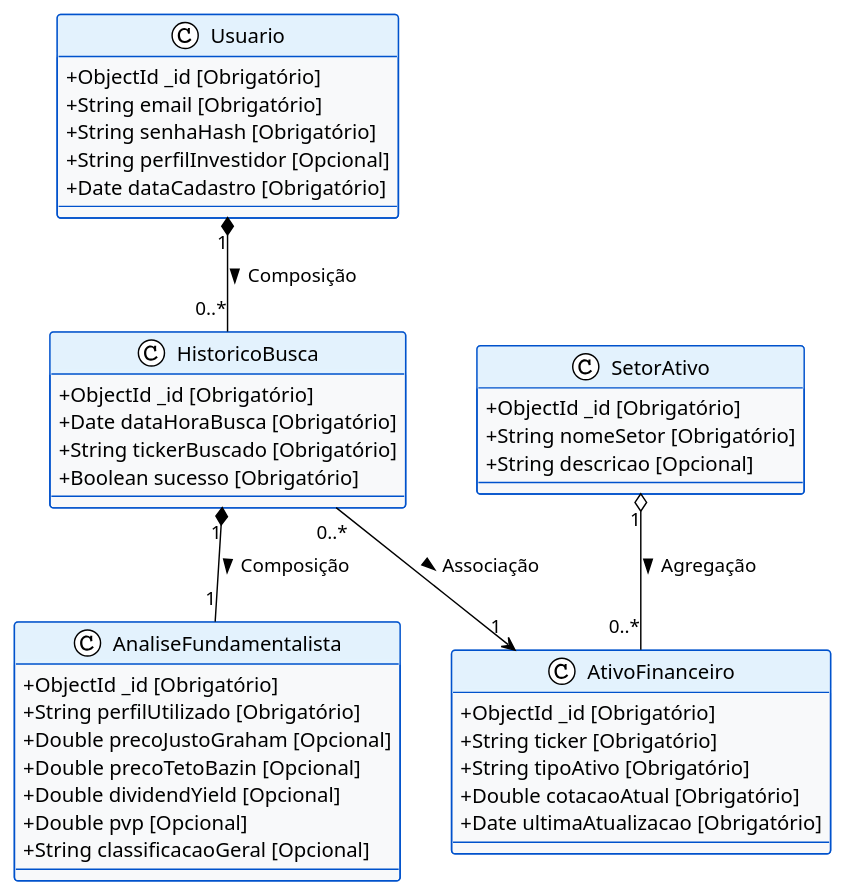
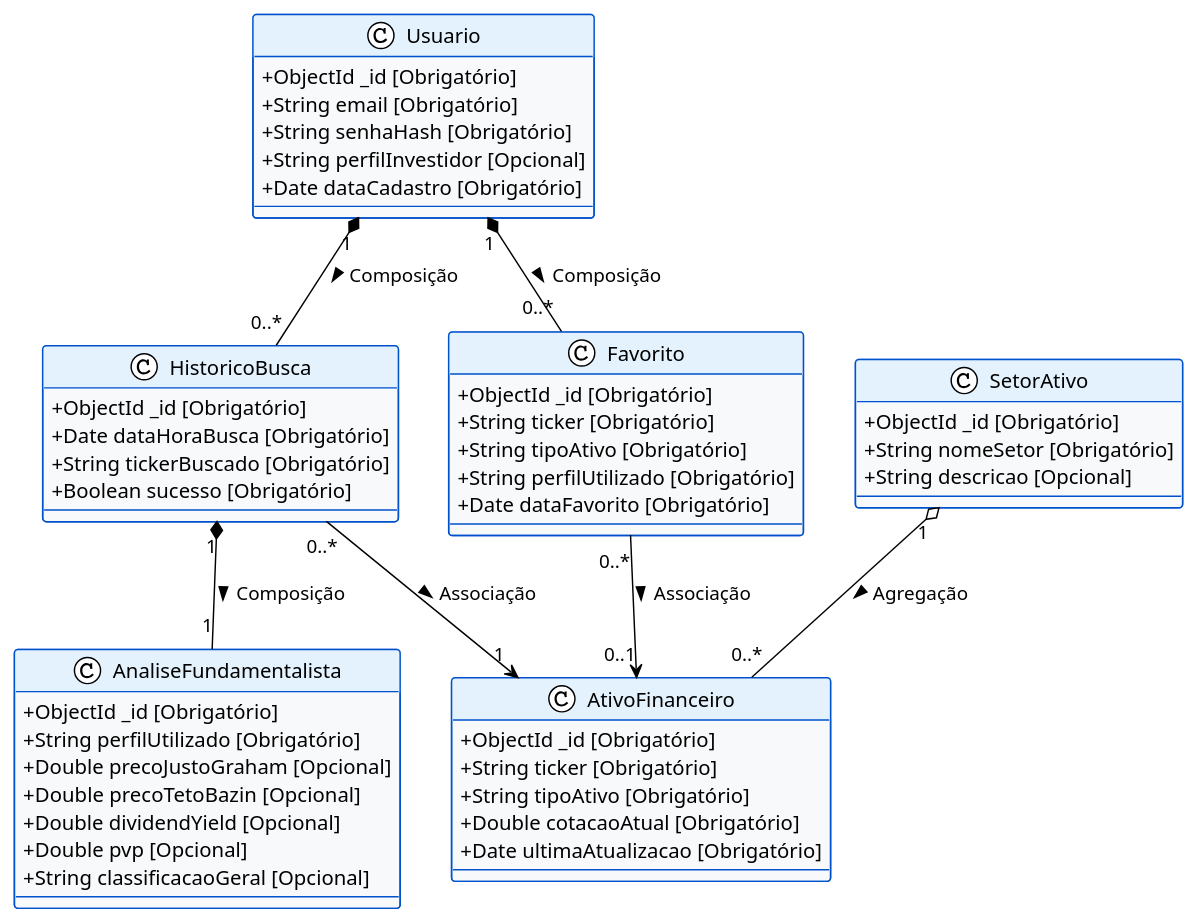
Before and after one commit to FatecFranca/DSM-P3-G11-2026-1: the diagram in diagrama.puml, drawn with PlantUML. The commit also changed 12 other files, not shown here.

```diff
--- a/diagrama.puml
+++ b/diagrama.puml
@@ -1,69 +1,84 @@
 @startuml
 !theme plain
 skinparam classAttributeIconSize 0
 skinparam shadowing false
 skinparam ClassBackgroundColor #F8F9FA
 skinparam ClassBorderColor #0052cc
 skinparam ClassHeaderBackgroundColor #e3f2fd
 
 ' ENTIDADE 1
 class Usuario {
   + ObjectId _id [Obrigatório]
   + String email [Obrigatório]
   + String senhaHash [Obrigatório]
   + String perfilInvestidor [Opcional]
   + Date dataCadastro [Obrigatório]
 }
 
 ' ENTIDADE 2
 class HistoricoBusca {
   + ObjectId _id [Obrigatório]
   + Date dataHoraBusca [Obrigatório]
   + String tickerBuscado [Obrigatório]
   + Boolean sucesso [Obrigatório]
 }
 
 ' ENTIDADE 3
 class AnaliseFundamentalista {
   + ObjectId _id [Obrigatório]
   + String perfilUtilizado [Obrigatório]
   + Double precoJustoGraham [Opcional]
   + Double precoTetoBazin [Opcional]
   + Double dividendYield [Opcional]
   + Double pvp [Opcional]
   + String classificacaoGeral [Opcional]
 }
 
 ' ENTIDADE 4
 class AtivoFinanceiro {
   + ObjectId _id [Obrigatório]
   + String ticker [Obrigatório]
   + String tipoAtivo [Obrigatório]
   + Double cotacaoAtual [Obrigatório]
   + Date ultimaAtualizacao [Obrigatório]
 }
 
 ' ENTIDADE 5
 class SetorAtivo {
   + ObjectId _id [Obrigatório]
   + String nomeSetor [Obrigatório]
   + String descricao [Opcional]
 }
 
+' ENTIDADE 6
+class Favorito {
+  + ObjectId _id [Obrigatório]
+  + String ticker [Obrigatório]
+  + String tipoAtivo [Obrigatório]
+  + String perfilUtilizado [Obrigatório]
+  + Date dataFavorito [Obrigatório]
+}
+
 ' ==========================================
 ' RELACIONAMENTOS, TIPOS E CARDINALIDADES
 ' ==========================================
 
 ' Composição: Se o Usuário for deletado, seu histórico de buscas também é (aninhado no NoSQL).
 Usuario "1" *-- "0..*" HistoricoBusca : Composição >
 
 ' Composição: Uma análise só existe porque uma busca específica foi feita.
 HistoricoBusca "1" *-- "1" AnaliseFundamentalista : Composição >
 
 ' Associação: O histórico apenas "conhece/aponta" para o Ativo que foi buscado.
 HistoricoBusca "0..*" --> "1" AtivoFinanceiro : Associação >
 
 ' Agregação: Um Setor agrupa vários ativos, mas o ativo continua existindo se o setor sumir.
 SetorAtivo "1" o-- "0..*" AtivoFinanceiro : Agregação >
 
+' Composição: Favoritos pertencem ao usuário; guardam o perfil usado na busca.
+Usuario "1" *-- "0..*" Favorito : Composição >
+
+' Associação opcional ao ativo favoritado.
+Favorito "0..*" --> "0..1" AtivoFinanceiro : Associação >
+
 @enduml
```
